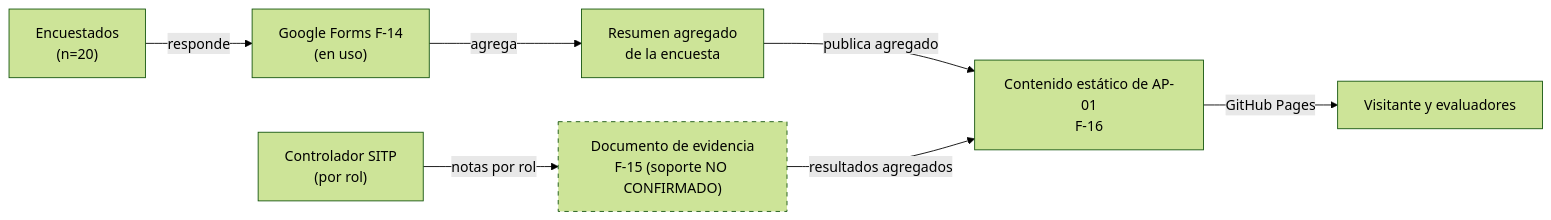
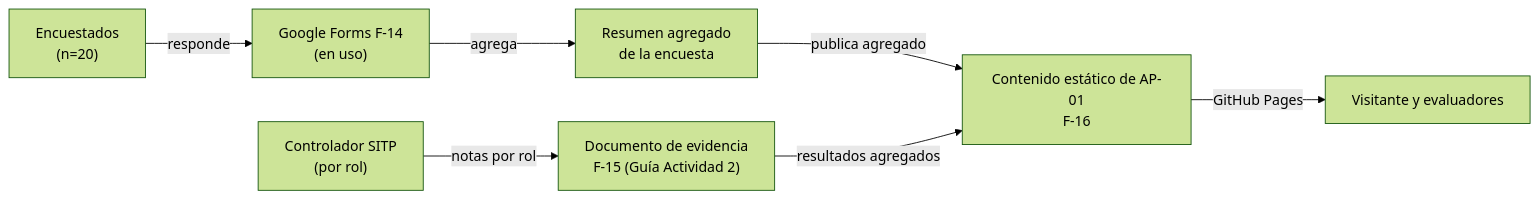
Before and after one commit to 5arSanti/tro-launcher: the diagram in docs/ae-final-project/ondas/M2-datos/diagramas/E-04-FL-E-evidencia.mmd, drawn with Mermaid (forest theme). The commit also changed 20 other files, not shown here.

```diff
--- a/docs/ae-final-project/ondas/M2-datos/diagramas/E-04-FL-E-evidencia.mmd
+++ b/docs/ae-final-project/ondas/M2-datos/diagramas/E-04-FL-E-evidencia.mmd
@@ -1,15 +1,14 @@
 flowchart LR
     ENC["Encuestados<br/>(n=20)"]
     GF["Google Forms F-14<br/>(en uso)"]
     RES["Resumen agregado<br/>de la encuesta"]
     CTRL["Controlador SITP<br/>(por rol)"]
-    DOC["Documento de evidencia<br/>F-15 (soporte NO CONFIRMADO)"]
+    DOC["Documento de evidencia<br/>F-15 (Guía Actividad 2)"]
     SITIO["Contenido estático de AP-01<br/>F-16"]
     VIS["Visitante y evaluadores"]
     ENC -->|"responde"| GF
     GF -->|"agrega"| RES
     RES -->|"publica agregado"| SITIO
     CTRL -->|"notas por rol"| DOC
     DOC -->|"resultados agregados"| SITIO
     SITIO -->|"GitHub Pages"| VIS
-    style DOC stroke-dasharray: 5 5
```
